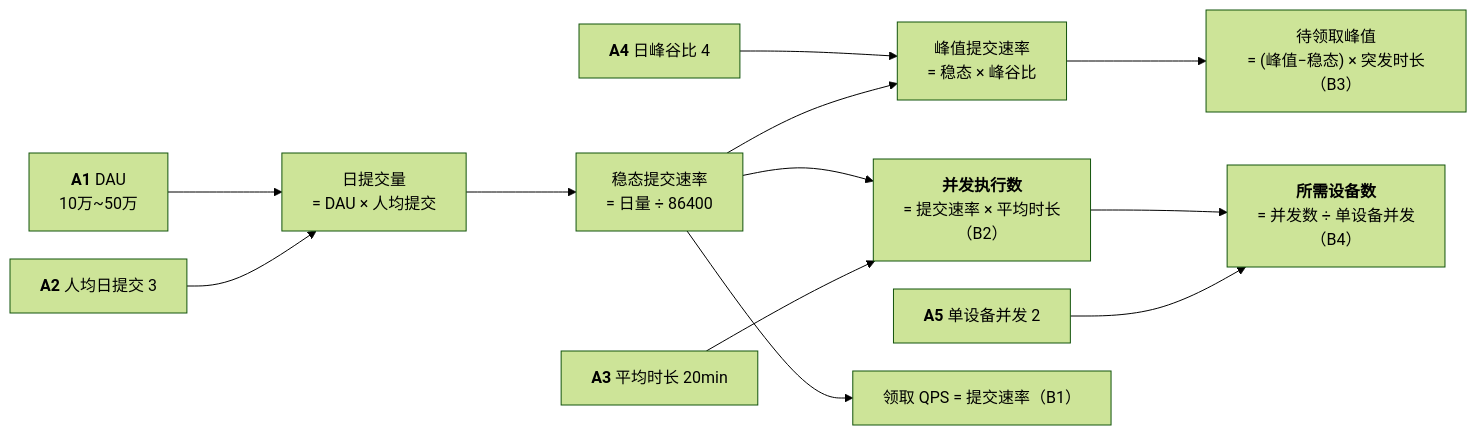
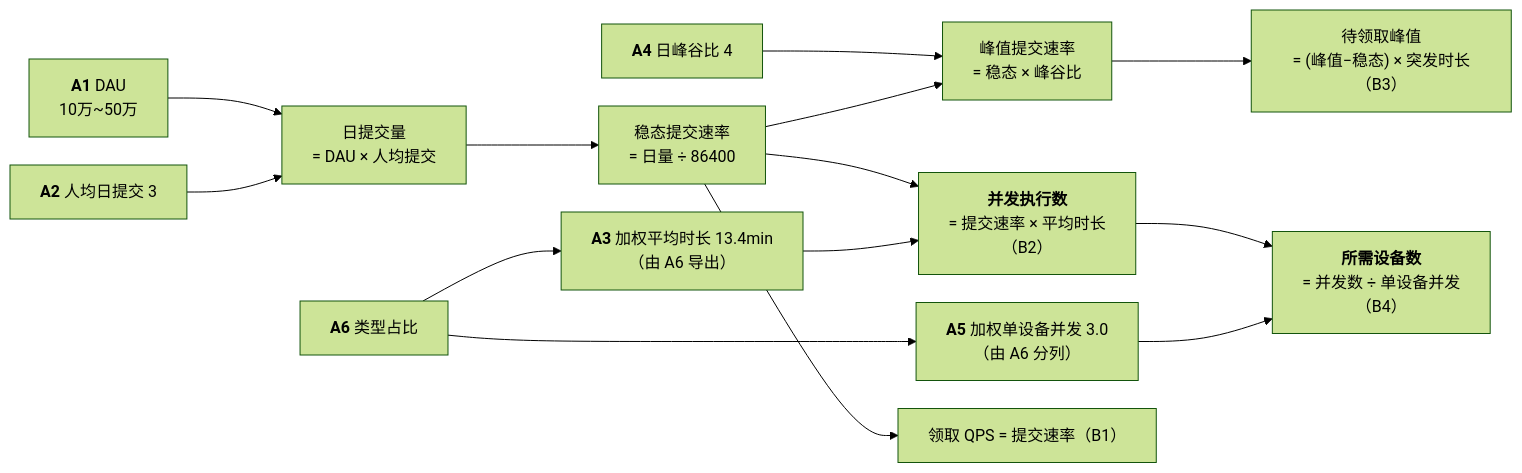
Before and after one commit to charleslyh/nova-chat: the second of 3 diagrams in docs/requirements/parameters.md, drawn with Mermaid (forest theme). The commit also changed other lines of this file and 72 other files, not shown here.

````diff
--- a/docs/requirements/parameters.md
+++ b/docs/requirements/parameters.md
@@ -59,15 +78,17 @@
 ```mermaid
 %%{init: {"flowchart": {"curve": "basis", "rankSpacing": 95, "nodeSpacing": 28}}}%%
 flowchart LR
     A1["<b>A1</b> DAU<br/>10万~50万"] --> D1["日提交量<br/>= DAU × 人均提交"]
     A2["<b>A2</b> 人均日提交 3"] --> D1
     D1 --> D2["稳态提交速率<br/>= 日量 ÷ 86400"]
     A4["<b>A4</b> 日峰谷比 4"] --> D3["峰值提交速率<br/>= 稳态 × 峰谷比"]
     D2 --> D3
     D2 --> D4["<b>并发执行数</b><br/>= 提交速率 × 平均时长<br/>（B2）"]
-    A3["<b>A3</b> 平均时长 20min"] --> D4
+    A3["<b>A3</b> 加权平均时长 13.4min<br/>（由 A6 导出）"] --> D4
+    A6["<b>A6</b> 类型占比"] --> A3
     D4 --> D5["<b>所需设备数</b><br/>= 并发数 ÷ 单设备并发<br/>（B4）"]
-    A5["<b>A5</b> 单设备并发 2"] --> D5
+    A5["<b>A5</b> 加权单设备并发 3.0<br/>（由 A6 分列）"] --> D5
+    A6 --> A5
     D2 --> D6["领取 QPS = 提交速率（B1）"]
     D3 --> D7["待领取峰值<br/>= (峰值−稳态) × 突发时长（B3）"]
 ```
````
